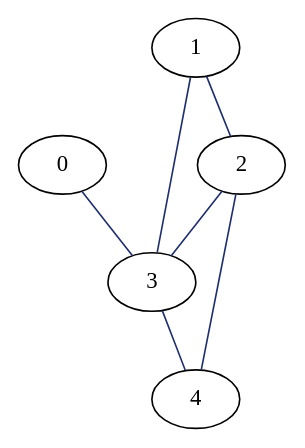
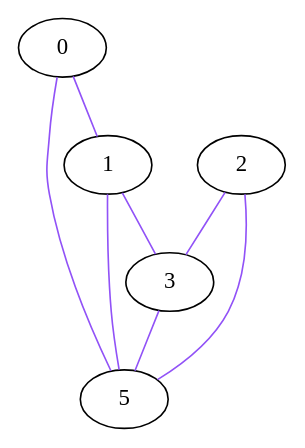
One commit to homoglobina/ChinesePostmen changed the diagram in graph.dot. Above: the diagram before and after it, drawn with Graphviz. The commit also changed 23 other files, not shown here.

```diff
--- a/graph.dot
+++ b/graph.dot
@@ -1,8 +1,9 @@
 graph G {
-  0 -- 3 [color="#1f2f6e"];
-  1 -- 2 [color="#1f2f6e"];
-  1 -- 3 [color="#1f2f6e"];
-  2 -- 3 [color="#1f2f6e"];
-  2 -- 4 [color="#1f2f6e"];
-  3 -- 4 [color="#1f2f6e"];
+  0 -- 1 [color="#9152f7"];
+  0 -- 5 [color="#9152f7"];
+  1 -- 3 [color="#9152f7"];
+  1 -- 5 [color="#9152f7"];
+  2 -- 3 [color="#9152f7"];
+  2 -- 5 [color="#9152f7"];
+  3 -- 5 [color="#9152f7"];
 }
```
